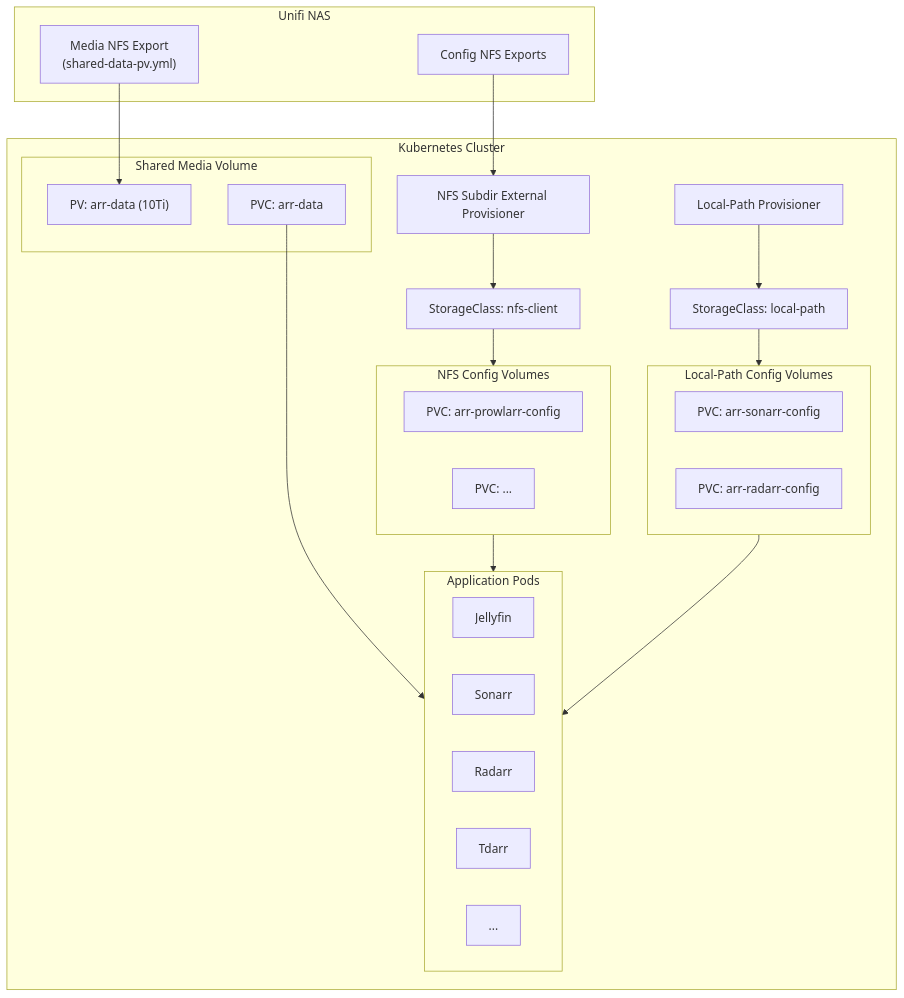
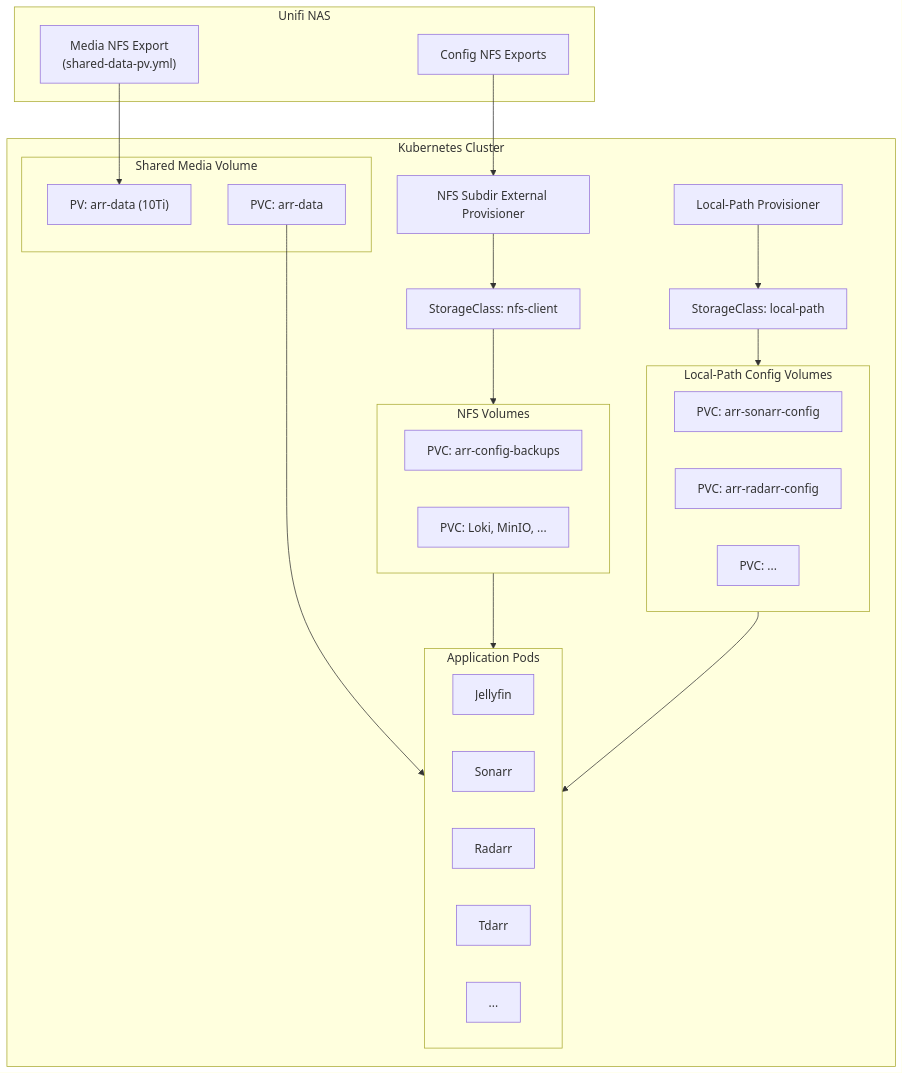
One commit to kyleseneker/homelab changed the diagram in docs/architecture/storage.md. Above: the diagram before and after it, drawn with Mermaid. The commit also changed other lines of this file and 33 other files, not shown here.

Commit message:
docs(roadmap): mark jellyfin config-as-code covered by the operator

````diff
--- a/docs/architecture/storage.md
+++ b/docs/architecture/storage.md
@@ -7,47 +7,48 @@
 ```mermaid
 flowchart TD
     subgraph nas["Unifi NAS"]
         nfsExport["Media NFS Export\n(shared-data-pv.yml)"]
         configExport["Config NFS Exports"]
     end
 
     subgraph k8sCluster["Kubernetes Cluster"]
         nfsProv["NFS Subdir External Provisioner"]
         localProv["Local-Path Provisioner"]
         scNfsClient["StorageClass: nfs-client"]
         scLocalPath["StorageClass: local-path"]
 
         subgraph sharedVol["Shared Media Volume"]
             arrPV["PV: arr-data (10Ti)"]
             arrPVC["PVC: arr-data"]
         end
 
-        subgraph nfsVols["NFS Config Volumes"]
-            prowlarrPVC["PVC: arr-prowlarr-config"]
-            otherPVC["PVC: ..."]
+        subgraph nfsVols["NFS Volumes"]
+            backupPVC["PVC: arr-config-backups"]
+            otherPVC["PVC: Loki, MinIO, ..."]
         end
 
         subgraph localVols["Local-Path Config Volumes"]
             sonarrPVC["PVC: arr-sonarr-config"]
             radarrPVC["PVC: arr-radarr-config"]
+            moreLocalPVC["PVC: ..."]
         end
 
         subgraph appPods["Application Pods"]
             jellyfin["Jellyfin"]
             sonarr["Sonarr"]
             radarr["Radarr"]
             tdarr["Tdarr"]
             otherApps["..."]
         end
     end
 
     nfsExport --> arrPV
     configExport --> nfsProv
     nfsProv --> scNfsClient
     scNfsClient --> nfsVols
     localProv --> scLocalPath
     scLocalPath --> localVols
     arrPVC --> appPods
     nfsVols --> appPods
     localVols --> appPods
 ```
````
